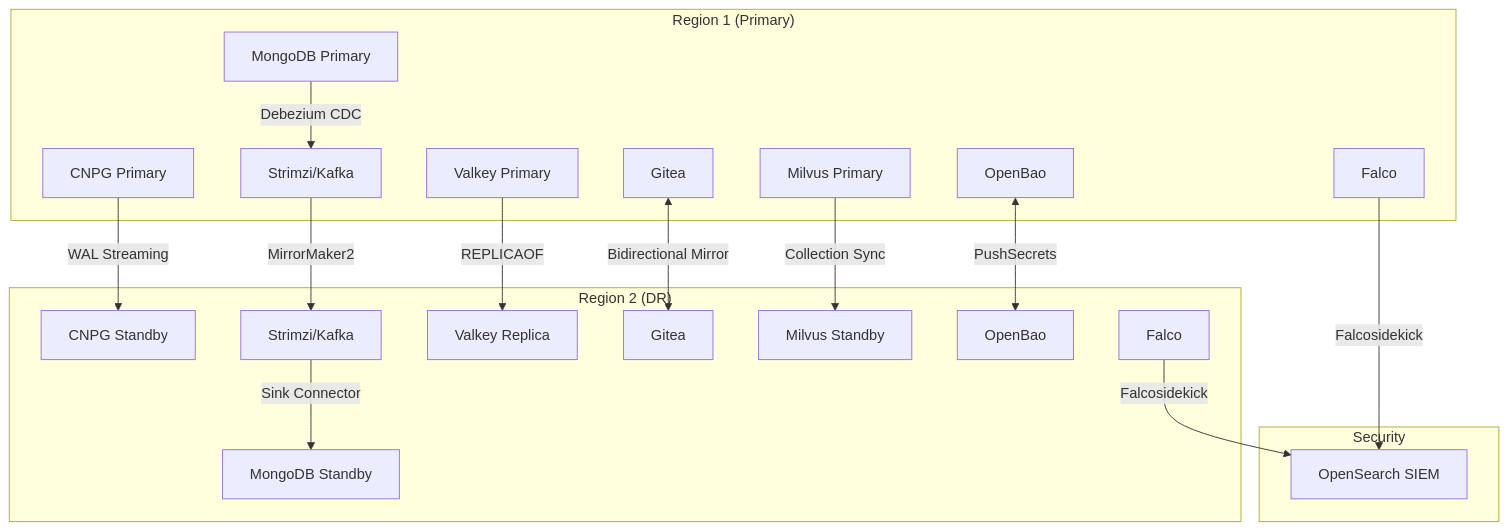
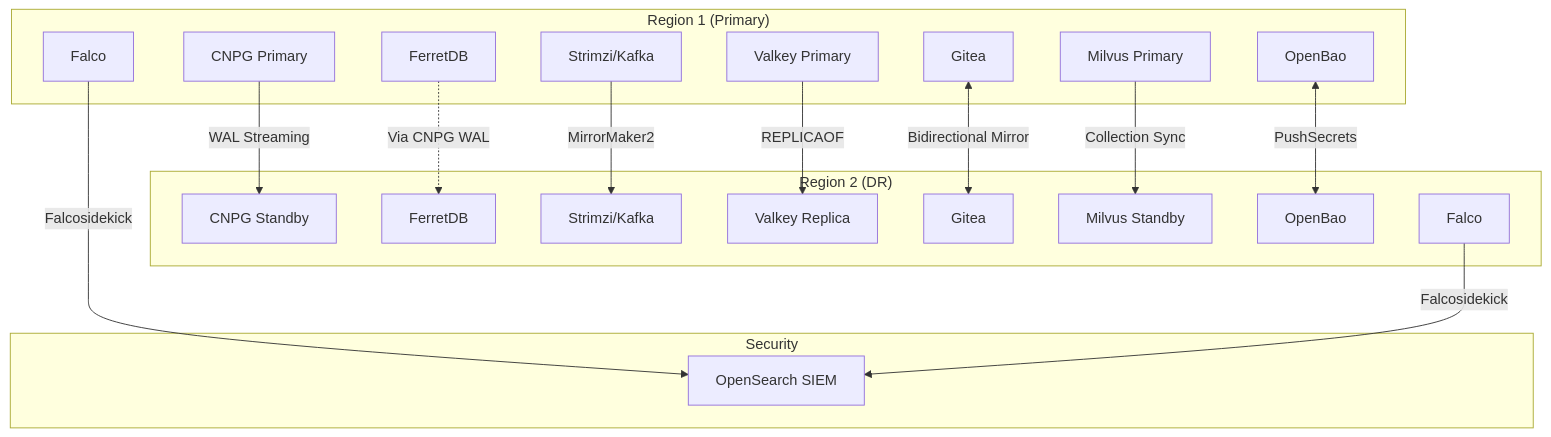
The sixth of 6 diagrams in docs/PLATFORM-TECH-STACK.md (openova-io/openova), drawn with Mermaid before and after one commit. The commit also changed other lines of this file and 50 other files, not shown here.

````diff
--- a/docs/PLATFORM-TECH-STACK.md
+++ b/docs/PLATFORM-TECH-STACK.md
@@ -550,39 +613,38 @@
 ```mermaid
 flowchart TB
     subgraph Region1["Region 1 (Primary)"]
         PG1[CNPG Primary]
-        MG1[MongoDB Primary]
+        FDB1[FerretDB]
         SK1[Strimzi/Kafka]
         VK1[Valkey Primary]
         GT1[Gitea]
         MV1[Milvus Primary]
         Bao1R1[OpenBao]
         Falco1[Falco]
     end
 
     subgraph Region2["Region 2 (DR)"]
         PG2[CNPG Standby]
-        MG2[MongoDB Standby]
+        FDB2[FerretDB]
         SK2[Strimzi/Kafka]
         VK2[Valkey Replica]
         GT2[Gitea]
         MV2[Milvus Standby]
         Bao2R2[OpenBao]
         Falco2[Falco]
     end
 
     subgraph SIEM["Security"]
         OS[OpenSearch SIEM]
     end
 
     PG1 -->|"WAL Streaming"| PG2
-    MG1 -->|"Debezium CDC"| SK1
+    FDB1 -.->|"Via CNPG WAL"| FDB2
     SK1 -->|"MirrorMaker2"| SK2
-    SK2 -->|"Sink Connector"| MG2
     VK1 -->|"REPLICAOF"| VK2
     GT1 <-->|"Bidirectional Mirror"| GT2
     MV1 -->|"Collection Sync"| MV2
     Bao1R1 <-->|"PushSecrets"| Bao2R2
     Falco1 -->|"Falcosidekick"| OS
     Falco2 -->|"Falcosidekick"| OS
 ```
````
